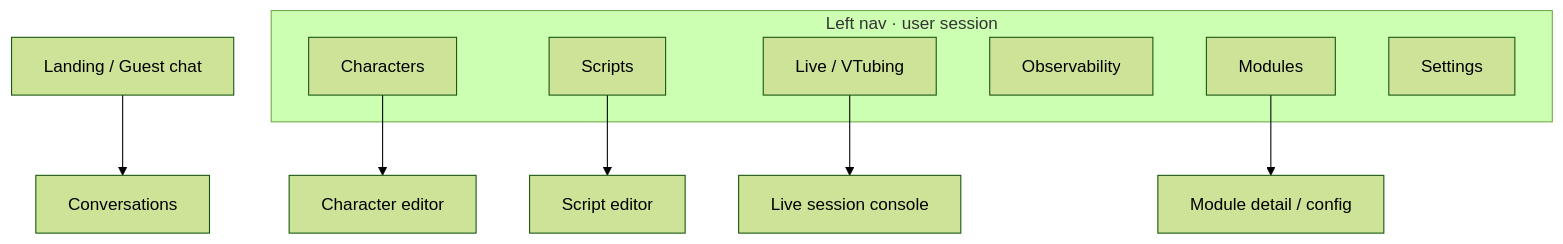
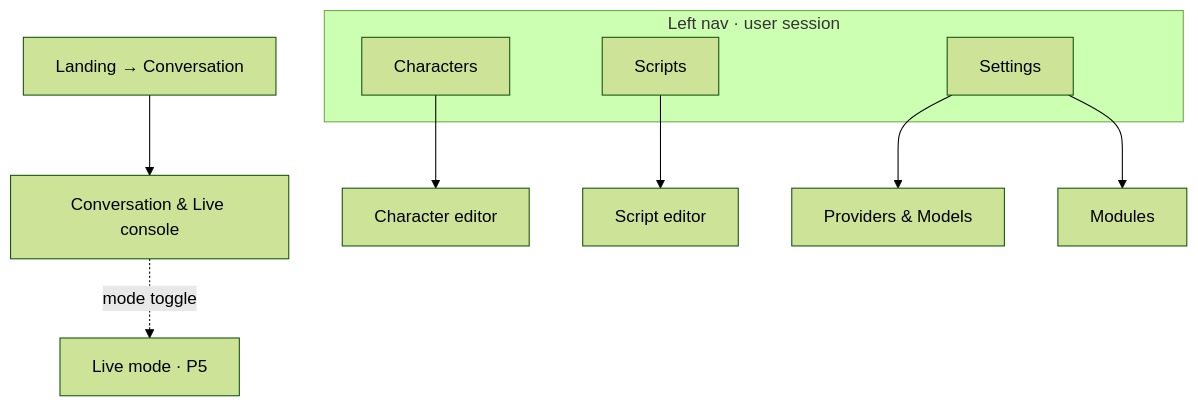
The diagram in docs/13-ui-ux-design.md (Nagino-Reina/NagiFlow), drawn with Mermaid (forest theme) before and after one commit. The commit also changed other lines of this file and 10 other files, not shown here.

Commit message:
Refine product flows, update documentation, and restructure UI/UX design

````diff
--- a/docs/13-ui-ux-design.md
+++ b/docs/13-ui-ux-design.md
@@ -53,16 +53,14 @@
 ```mermaid
 flowchart TB
-    Landing[Landing / Guest chat] --> Chat[Conversations]
+    Landing[Landing → Conversation] --> Chat[Conversation & Live console]
     subgraph Nav[Left nav · user session]
       Characters
       Scripts
-      Live[Live / VTubing]
-      Dashboard[Observability]
-      Modules
       Settings
     end
+    Chat -. mode toggle .-> LiveMode[Live mode · P5]
     Characters --> CharEditor[Character editor]
     Scripts --> ScriptEditor[Script editor]
-    Live --> LiveConsole[Live session console]
-    Modules --> ModDetail[Module detail / config]
+    Settings --> Providers[Providers & Models]
+    Settings --> Modules[Modules]
 ```
````
